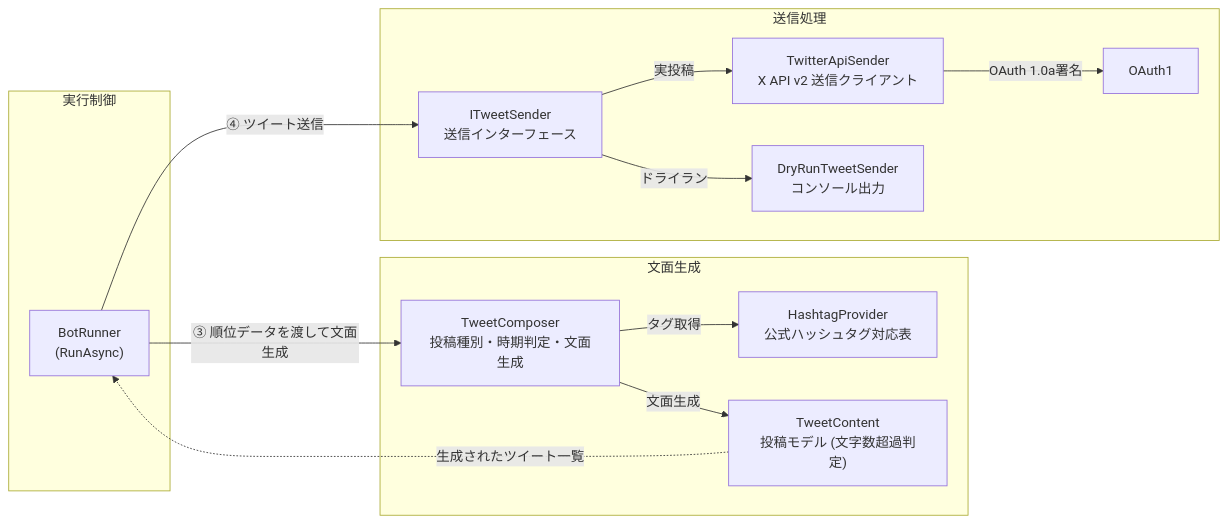
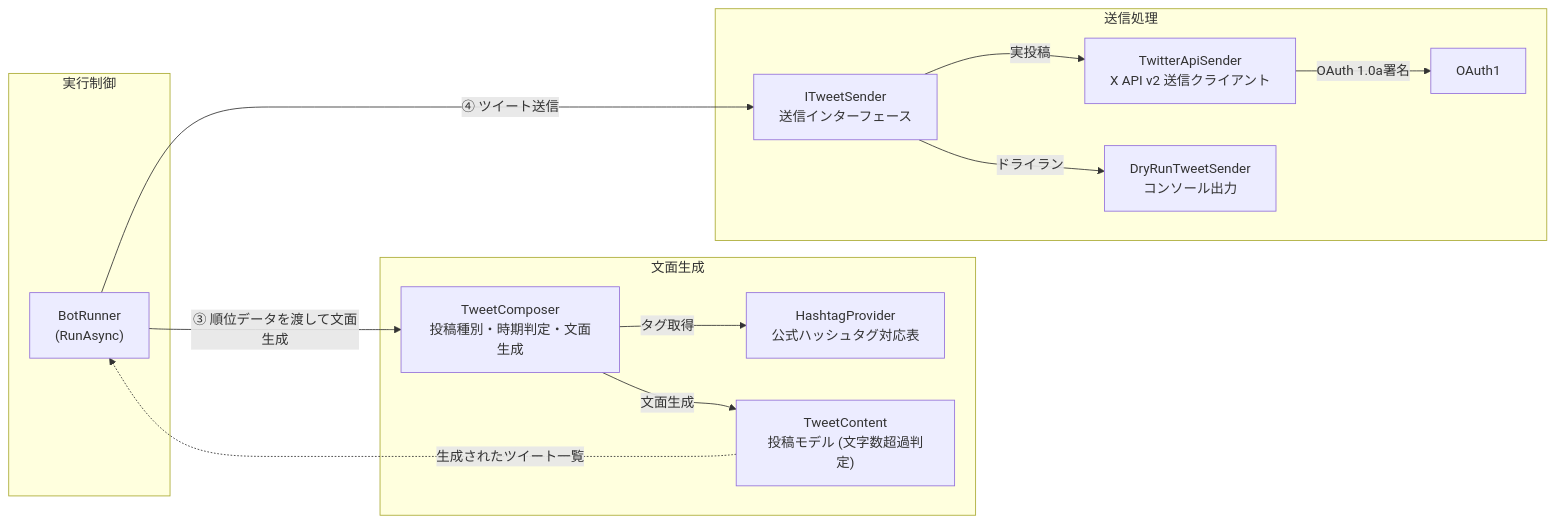
One commit to shin4488/MlbBot changed the fourth of 7 diagrams in docs/development.md. Above: the diagram before and after it, drawn with Mermaid. The commit also changed other lines of this file, not shown here.

Commit message:
docs: Mermaid図で①を②の上、③を④の上の配置に固定

````diff
--- a/docs/development.md
+++ b/docs/development.md
@@ -144,31 +150,35 @@
 ```mermaid
 flowchart LR
     subgraph Caller["実行制御"]
         BR2["BotRunner<br>(RunAsync)"]
     end
 
     subgraph Composer["文面生成"]
         C["TweetComposer<br>投稿種別・時期判定・文面生成"] -->|タグ取得| H["HashtagProvider<br>公式ハッシュタグ対応表"]
         C -->|文面生成| T["TweetContent<br>投稿モデル (文字数超過判定)"]
     end
 
     subgraph Sender["送信処理"]
         I["ITweetSender<br>送信インターフェース"]
         I -->|実投稿| X["TwitterApiSender<br>X API v2 送信クライアント"]
         X -->|OAuth 1.0a署名| A["OAuth1"]
         I -->|ドライラン| D["DryRunTweetSender<br>コンソール出力"]
     end
 
+    C ~~~ I
+    H ~~~ X
+    T ~~~ D
+
     BR2 -->|③ 順位データを渡して文面生成| C
     T -.->|生成されたツイート一覧| BR2
     BR2 -->|④ ツイート送信| I
 
     click BR2 "../TwitterMlbBot/BotRunner.cs"
     click C "../TwitterMlbBot/Composing/TweetComposer.cs"
     click H "../TwitterMlbBot/Composing/HashtagProvider.cs"
     click T "../TwitterMlbBot/Composing/TweetContent.cs"
     click I "../TwitterMlbBot/Twitter/ITweetSender.cs"
     click X "../TwitterMlbBot/Twitter/TwitterApiSender.cs"
     click A "../TwitterMlbBot/Authorization/OAuth1.cs"
     click D "../TwitterMlbBot/Twitter/DryRunTweetSender.cs"
 ```
````
